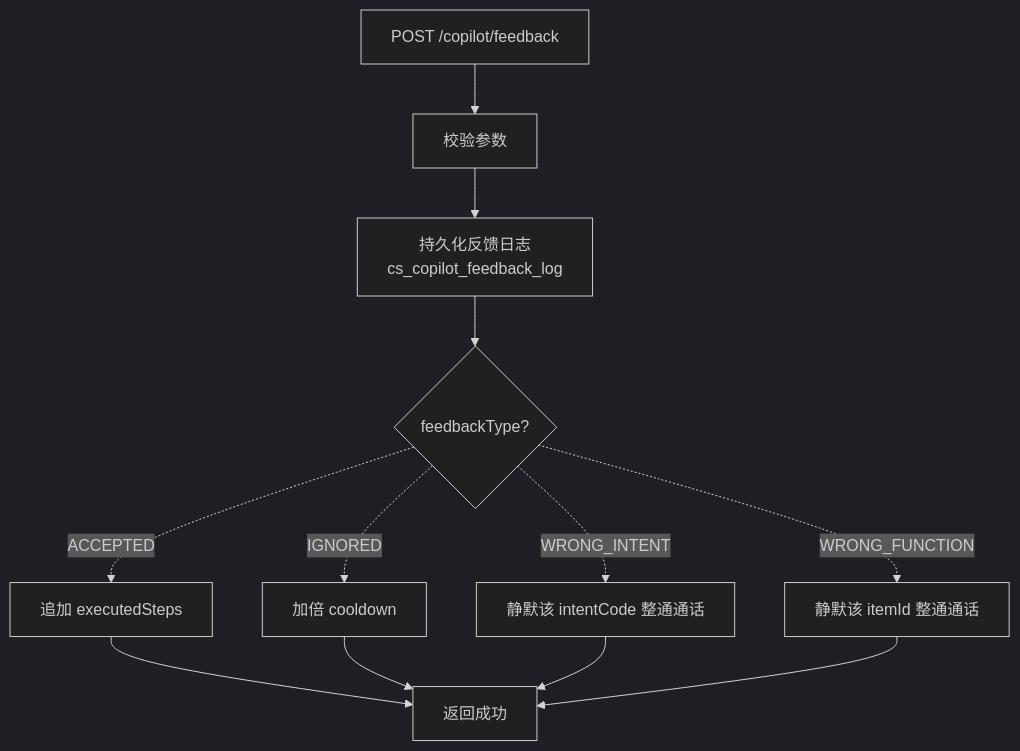
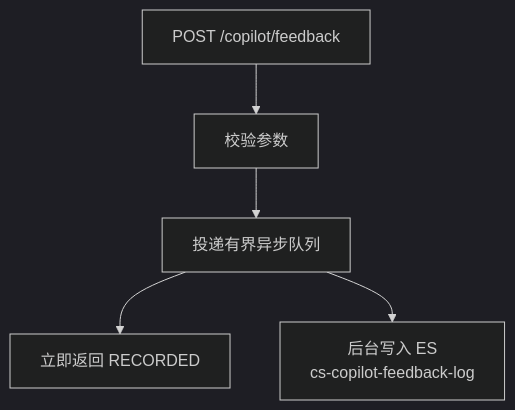
Diagram 14 of 24 in cs-copilot-service/docs/dd-v1.2.md (qzz617/copilot), drawn with Mermaid (dark theme) before and after one commit. The commit also changed other lines of this file and 118 other files, not shown here.

````diff
--- a/cs-copilot-service/docs/dd-v1.2.md
+++ b/cs-copilot-service/docs/dd-v1.2.md
@@ -1991,14 +1831,7 @@
 ```mermaid
 flowchart TD
     A[POST /copilot/feedback] --> B[校验参数]
-    B --> C[持久化反馈日志<br/>cs_copilot_feedback_log]
-    C --> D{feedbackType?}
-    D -.ACCEPTED.-> E[追加 executedSteps]
-    D -.IGNORED.-> F[加倍 cooldown]
-    D -.WRONG_INTENT.-> G[静默该 intentCode 整通通话]
-    D -.WRONG_FUNCTION.-> H[静默该 itemId 整通通话]
-    E --> END[返回成功]
-    F --> END
-    G --> END
-    H --> END
+    B --> C[投递有界异步队列]
+    C --> D[立即返回 RECORDED]
+    C --> E[后台写入 ES<br/>cs-copilot-feedback-log]
 ```
````
